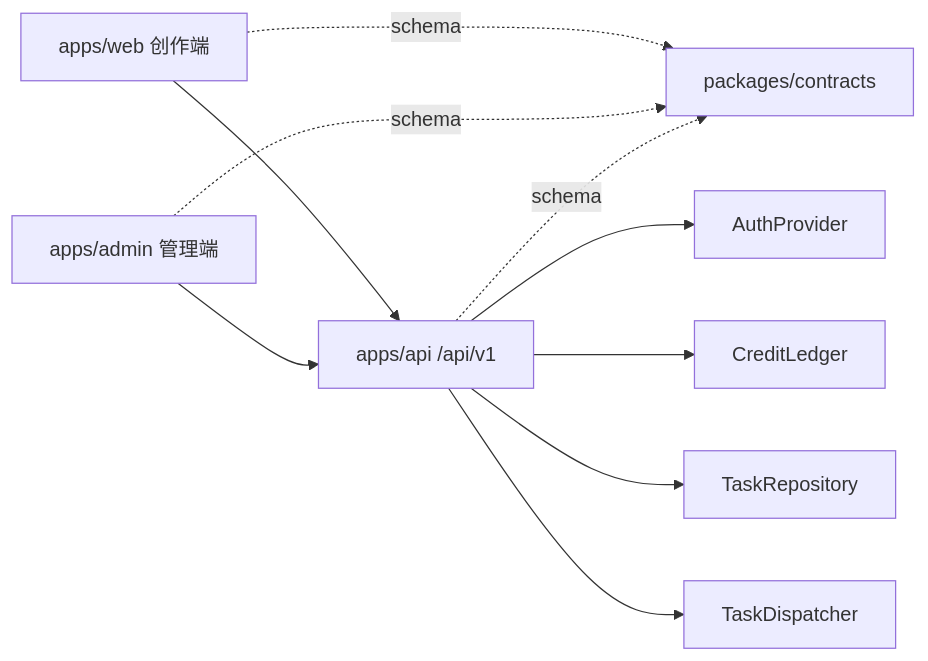
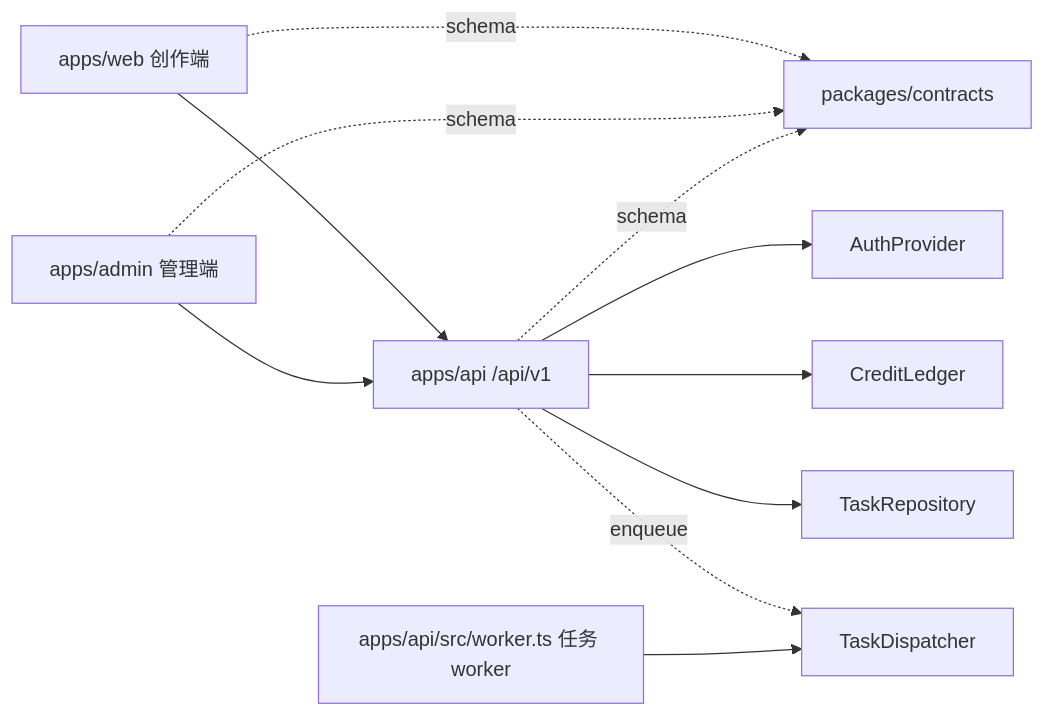
Before and after one commit to usaaron/AIGC_Video_Platform: the diagram in docs/ARCHITECTURE.md, drawn with Mermaid. The commit also changed other lines of this file and 24 other files, not shown here.

Commit message:
feat(api): move generation tasks into worker runtime

````diff
--- a/docs/ARCHITECTURE.md
+++ b/docs/ARCHITECTURE.md
@@ -7,12 +7,13 @@
 ```mermaid
 flowchart LR
   Web["apps/web 创作端"] --> API["apps/api /api/v1"]
   Admin["apps/admin 管理端"] --> API
   Web -. schema .-> Contracts["packages/contracts"]
   Admin -. schema .-> Contracts
   API -. schema .-> Contracts
   API --> Auth["AuthProvider"]
   API --> Ledger["CreditLedger"]
   API --> Repo["TaskRepository"]
-  API --> Queue["TaskDispatcher"]
+  API -. enqueue .-> Queue["TaskDispatcher"]
+  Worker["apps/api/src/worker.ts 任务 worker"] --> Queue
 ```
````
